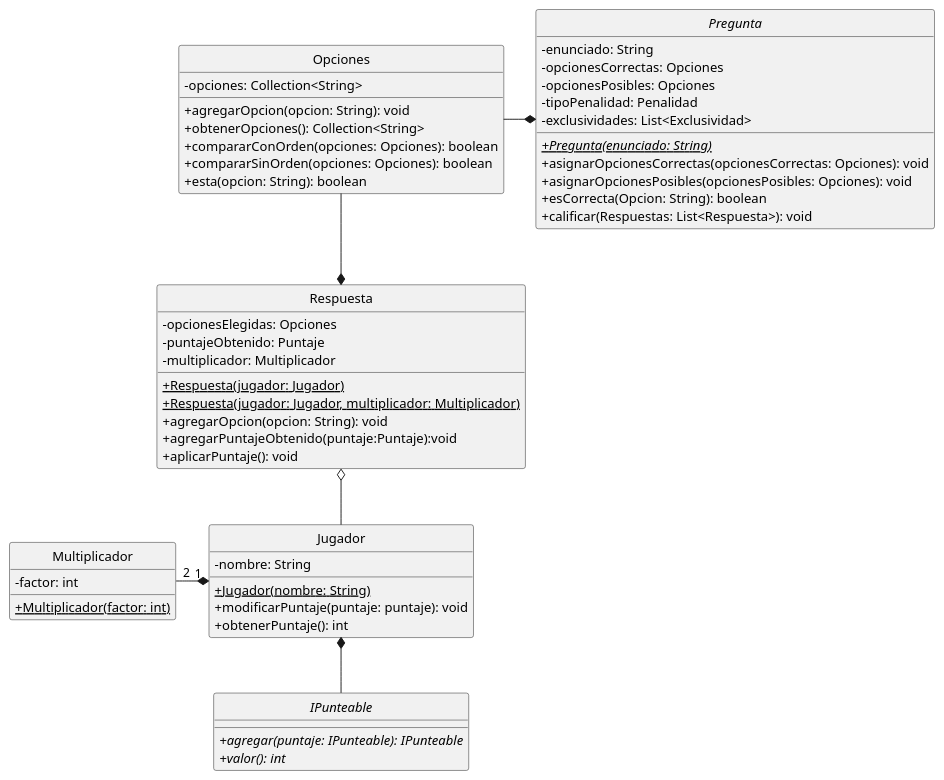
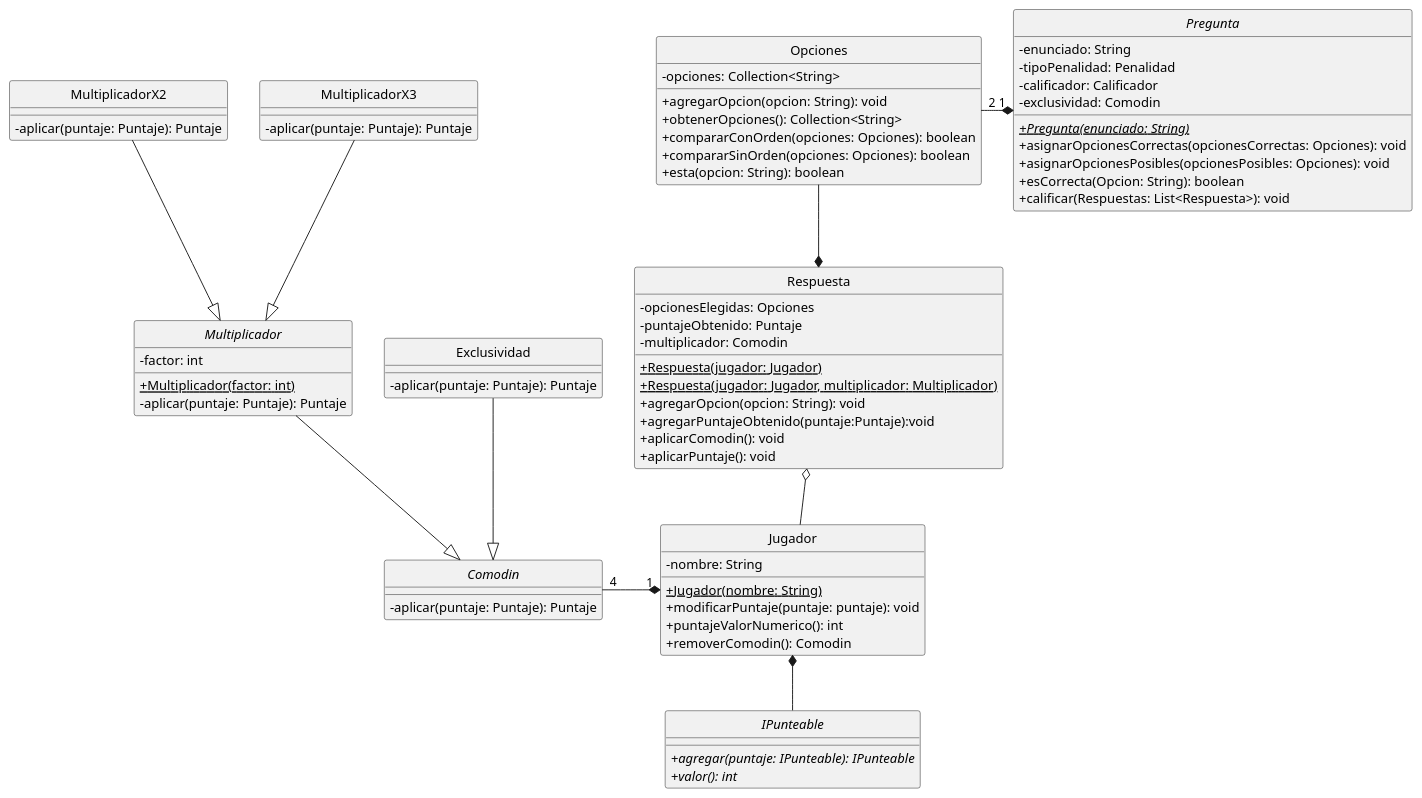
The diagram in src/main/java/edu/fiuba/algo3/Diagramas/puml/Comodines.puml (Alex1161/TP2), drawn with PlantUML before and after one commit. The commit also changed 9 other files, not shown here.

```diff
--- a/src/main/java/edu/fiuba/algo3/Diagramas/puml/Comodines.puml
+++ b/src/main/java/edu/fiuba/algo3/Diagramas/puml/Comodines.puml
@@ -1,64 +1,87 @@
 @startuml
 hide circle
 skinparam classAttributeIconSize 0
 
 'Clases
 Class Opciones{
     -opciones: Collection<String>
     +agregarOpcion(opcion: String): void
     +obtenerOpciones(): Collection<String>
     +compararConOrden(opciones: Opciones): boolean
     +compararSinOrden(opciones: Opciones): boolean
     +esta(opcion: String): boolean
 }
 
 Abstract Class Pregunta{
     -enunciado: String
-    -opcionesCorrectas: Opciones
-    -opcionesPosibles: Opciones
     -tipoPenalidad: Penalidad
-    -exclusividades: List<Exclusividad>
+    -calificador: Calificador
+    -exclusividad: Comodin
     +{abstract}{static}Pregunta(enunciado: String)
     +asignarOpcionesCorrectas(opcionesCorrectas: Opciones): void
     +asignarOpcionesPosibles(opcionesPosibles: Opciones): void
     +esCorrecta(Opcion: String): boolean
     +calificar(Respuestas: List<Respuesta>): void
 }
 
 Class Respuesta{
     -opcionesElegidas: Opciones
     -puntajeObtenido: Puntaje
-    -multiplicador: Multiplicador
+    -multiplicador: Comodin
     +{static}Respuesta(jugador: Jugador)
     +{static}Respuesta(jugador: Jugador, multiplicador: Multiplicador)
     +agregarOpcion(opcion: String): void
     +agregarPuntajeObtenido(puntaje:Puntaje):void
+    +aplicarComodin(): void
     +aplicarPuntaje(): void
 }
 
 Class Jugador{
     -nombre: String
     +{Static}Jugador(nombre: String)
     +modificarPuntaje(puntaje: puntaje): void
-    +obtenerPuntaje(): int
+    +puntajeValorNumerico(): int
+    +removerComodin(): Comodin
 }
 
 Interface IPunteable{
     +{abstract}agregar(puntaje: IPunteable): IPunteable
     +{abstract}valor(): int
 }
 
-Class Multiplicador{
+Abstract Multiplicador{
     -factor: int
     +{static}Multiplicador(factor: int)
+    -aplicar(puntaje: Puntaje): Puntaje
+}
+
+Interface Comodin{
+    -aplicar(puntaje: Puntaje): Puntaje
+}
+
+Class Exclusividad{
+    -aplicar(puntaje: Puntaje): Puntaje
+}
+
+Class MultiplicadorX2{
+    -aplicar(puntaje: Puntaje): Puntaje
+}
+
+Class MultiplicadorX3{
+    -aplicar(puntaje: Puntaje): Puntaje
 }
 
 'Relaciones
 Respuesta o-- Jugador
-Pregunta *-left- Opciones
+Pregunta "1" *-left- "2" Opciones
 Respuesta *-up- Opciones
 
 Jugador *-- IPunteable
 
-Jugador "1" *-left- "2" Multiplicador
+Jugador "1" *-left- "4" Comodin
+Multiplicador --|> Comodin
+Exclusividad --|> Comodin
+MultiplicadorX2 --|> Multiplicador
+MultiplicadorX3 --|> Multiplicador
+
 @enduml
```
